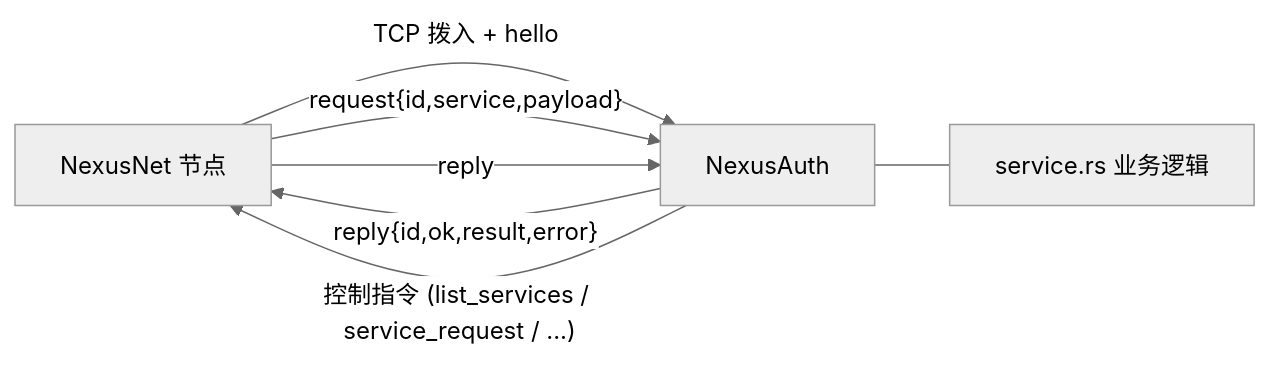
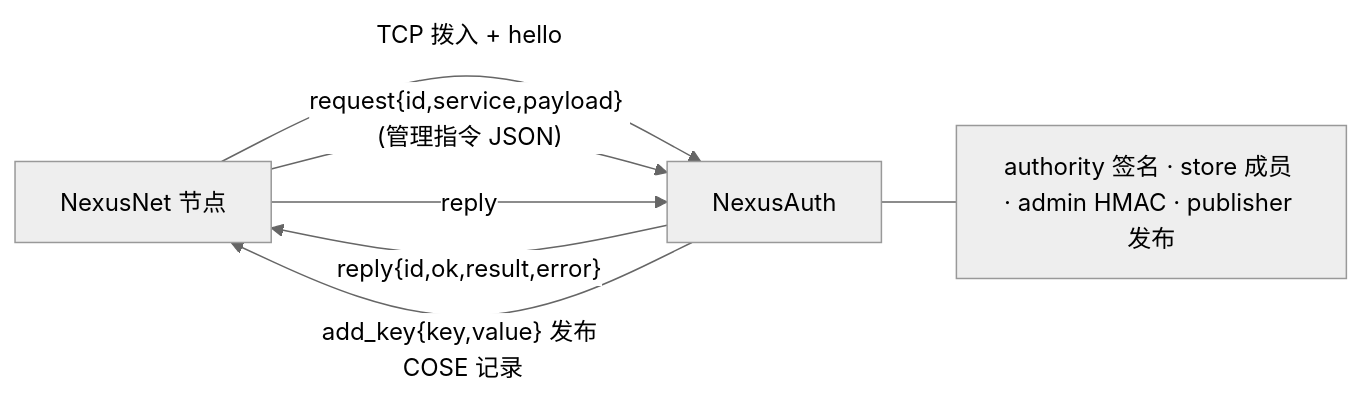
Before and after one commit to rplague/NexusAuth: the diagram in README.md, drawn with Mermaid (neutral theme). The commit also changed other lines of this file and 20 other files, not shown here.

Commit message:
feat: implement NexusAuth authority sidecar

````diff
--- a/README.md
+++ b/README.md
@@ -9,9 +11,9 @@
 ```mermaid
 graph LR
-    N["NexusNet 节点"] -->|"TCP 拨入 + hello"| T["NexusAuth"]
-    N -->|"request{id,service,payload}"| T
-    T -->|"reply{id,ok,result,error}"| N
-    T -->|"控制指令 (list_services / service_request / ...)"| N
-    N -->|"reply"| T
-    T --- B["service.rs 业务逻辑"]
+    N["NexusNet 节点"] -->|"TCP 拨入 + hello"| A["NexusAuth"]
+    N -->|"request{id,service,payload} (管理指令 JSON)"| A
+    A -->|"reply{id,ok,result,error}"| N
+    A -->|"add_key{key,value} 发布 COSE 记录"| N
+    N -->|"reply"| A
+    A --- B["authority 签名 · store 成员 · admin HMAC · publisher 发布"]
 ```
````
